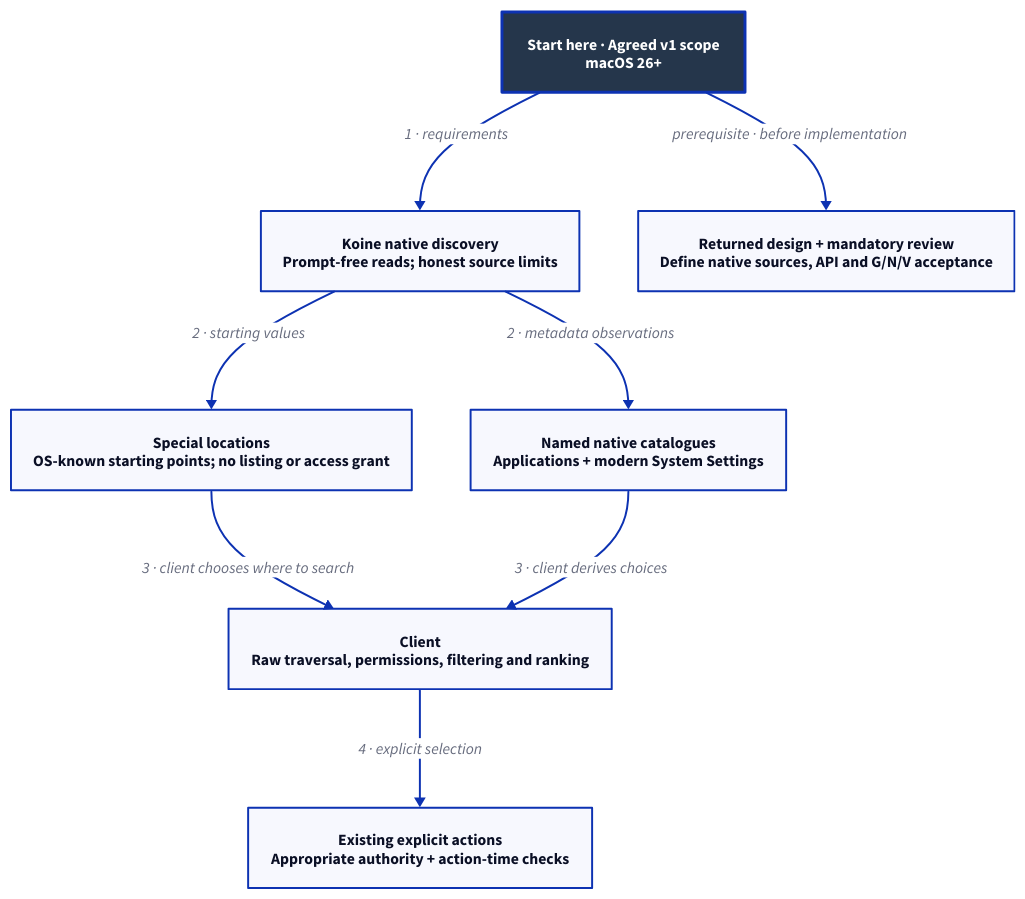
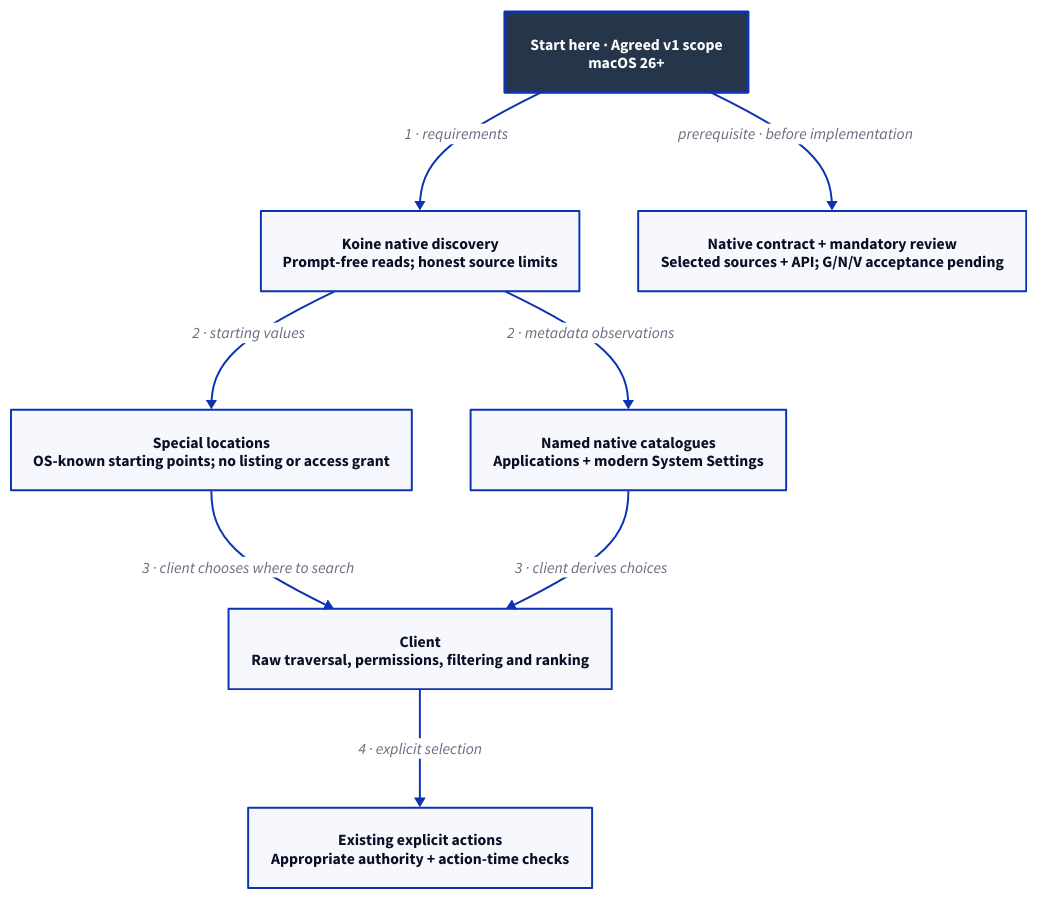
The diagram in docs/design/architecture/search-discovery.d2 (Linkuistics/Koine), drawn with D2 before and after one commit. The commit also changed 132 other files, not shown here.

Commit message:
Define native discovery contract (native-discovery-k202, native-discovery-k199)

```diff
--- a/docs/design/architecture/search-discovery.d2
+++ b/docs/design/architecture/search-discovery.d2
@@ -1,19 +1,19 @@
-# Agreed requirements boundary; native API and mechanisms await design/review.
+# Agreed requirements boundary; native API/mechanisms designed; review/acceptance pending.
 direction: down
 classes: {
   start: {style: {fill: "#25364B"; font-color: "#FFFFFF"; bold: true; stroke-width: 3}}
 }
 Start: "Start here · Agreed v1 scope\nmacOS 26+" {class: start}
 Koine: "Koine native discovery\nPrompt-free reads; honest source limits"
 Locations: "Special locations\nOS-known starting points; no listing or access grant"
 Catalogues: "Named native catalogues\nApplications + modern System Settings"
 Client: "Client\nRaw traversal, permissions, filtering and ranking"
 Actions: "Existing explicit actions\nAppropriate authority + action-time checks"
-Design: "Returned design + mandatory review\nDefine native sources, API and G/N/V acceptance"
+Design: "Native contract + mandatory review\nSelected sources + API; G/N/V acceptance pending"
 Start -> Koine: "1 · requirements"
 Koine -> Locations: "2 · starting values"
 Koine -> Catalogues: "2 · metadata observations"
 Locations -> Client: "3 · client chooses where to search"
 Catalogues -> Client: "3 · client derives choices"
 Client -> Actions: "4 · explicit selection"
 Start -> Design: "prerequisite · before implementation"
```
